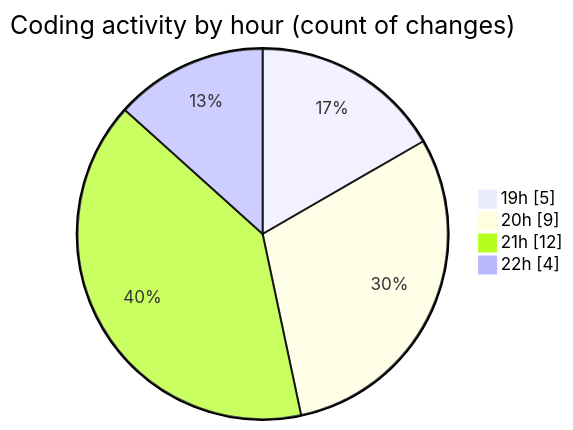
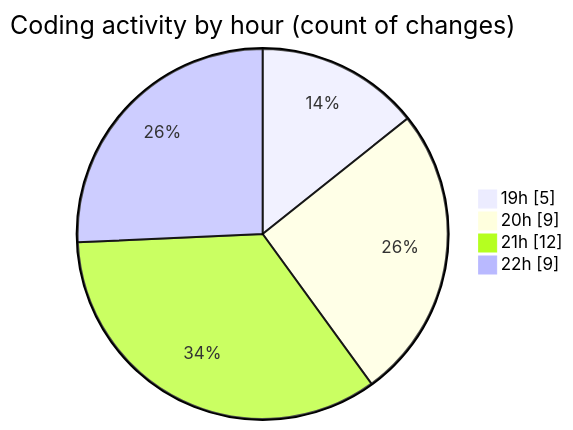
Before and after one commit to charlie-sans/code-tracking: the second of 2 diagrams in 2025-02-19/micros/README.md, drawn with Mermaid. The commit also changed other lines of this file and 1 other file, not shown here.

````diff
--- a/2025-02-19/micros/README.md
+++ b/2025-02-19/micros/README.md
@@ -41,8 +42,8 @@
 ```mermaid
 pie showData
 title Coding activity by hour (count of changes)
 "19h" : 5
 "20h" : 9
 "21h" : 12
-"22h" : 4
+"22h" : 9
 ```
````
